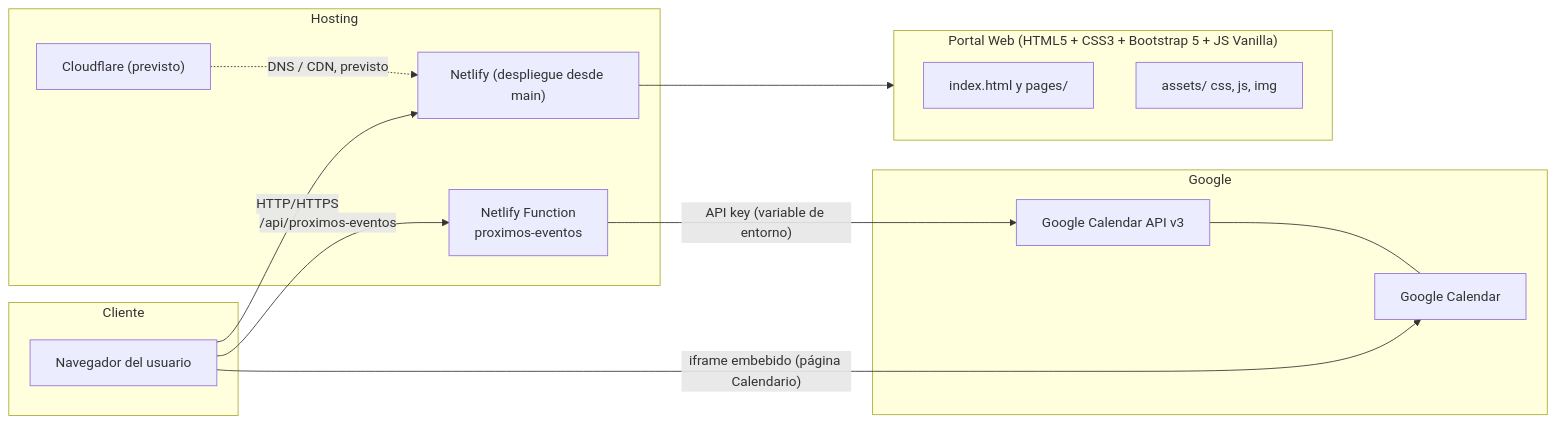
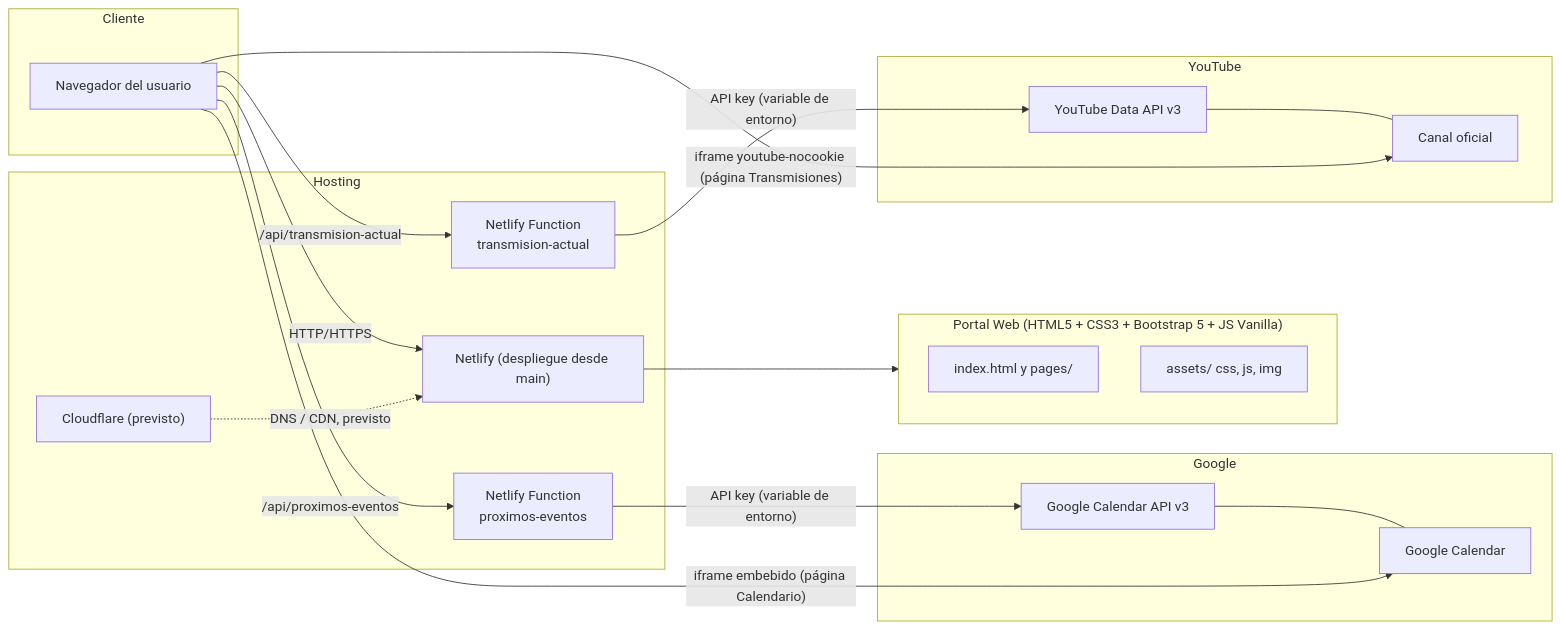
Before and after one commit to soporteparroquiasralajuela/portal-web-parroquia-san-rafael: the diagram in docs/03_Arquitectura/Arquitectura_General.md, drawn with Mermaid. The commit also changed other lines of this file and 14 other files, not shown here.

````diff
--- a/docs/03_Arquitectura/Arquitectura_General.md
+++ b/docs/03_Arquitectura/Arquitectura_General.md
@@ -26,30 +26,40 @@
 ```mermaid
 flowchart LR
     subgraph Cliente
         B[Navegador del usuario]
     end
 
     subgraph Sitio["Portal Web (HTML5 + CSS3 + Bootstrap 5 + JS Vanilla)"]
         P[index.html y pages/]
         A[assets/ css, js, img]
     end
 
     subgraph Hosting["Hosting"]
         N["Netlify (despliegue desde main)"]
         FN["Netlify Function<br/>proximos-eventos"]
+        FY["Netlify Function<br/>transmision-actual"]
         CF["Cloudflare (previsto)"]
     end
 
     subgraph Google["Google"]
         GC[Google Calendar]
         API[Google Calendar API v3]
     end
 
+    subgraph YouTube["YouTube"]
+        YC[Canal oficial]
+        YAPI[YouTube Data API v3]
+    end
+
     B -->|HTTP/HTTPS| N
     N --> Sitio
     B -->|"/api/proximos-eventos"| FN
     FN -->|"API key (variable de entorno)"| API
     API --- GC
     B -->|"iframe embebido (página Calendario)"| GC
+    B -->|"/api/transmision-actual"| FY
+    FY -->|"API key (variable de entorno)"| YAPI
+    YAPI --- YC
+    B -->|"iframe youtube-nocookie (página Transmisiones)"| YC
     CF -.->|DNS / CDN, previsto| N
 ```
````
